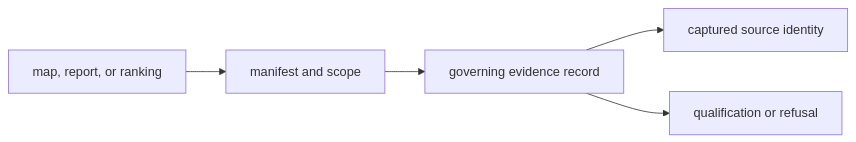
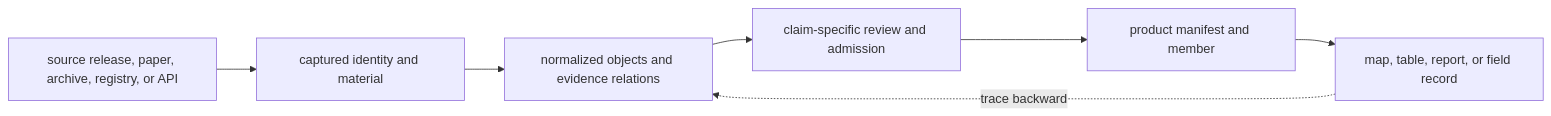
Before and after one commit to bijux/bijux-pollenomics: the diagram in docs/index.md, drawn with Mermaid. The commit also changed other lines of this file, not shown here.

Commit message:
docs(home): make public evidence routes decisive

````diff
--- a/docs/index.md
+++ b/docs/index.md
@@ -447,7 +81,9 @@
 ```mermaid
 flowchart LR
-    View["map, report, or ranking"] --> Product["manifest and scope"]
-    Product --> Evidence["governing evidence record"]
-    Evidence --> Source["captured source identity"]
-    Evidence --> Limit["qualification or refusal"]
+    Source["source release, paper, archive, registry, or API"] --> Capture["captured identity and material"]
+    Capture --> Evidence["normalized objects and evidence relations"]
+    Evidence --> Decision["claim-specific review and admission"]
+    Decision --> Manifest["product manifest and member"]
+    Manifest --> View["map, table, report, or field record"]
+    View -. "trace backward" .-> Evidence
 ```
````
